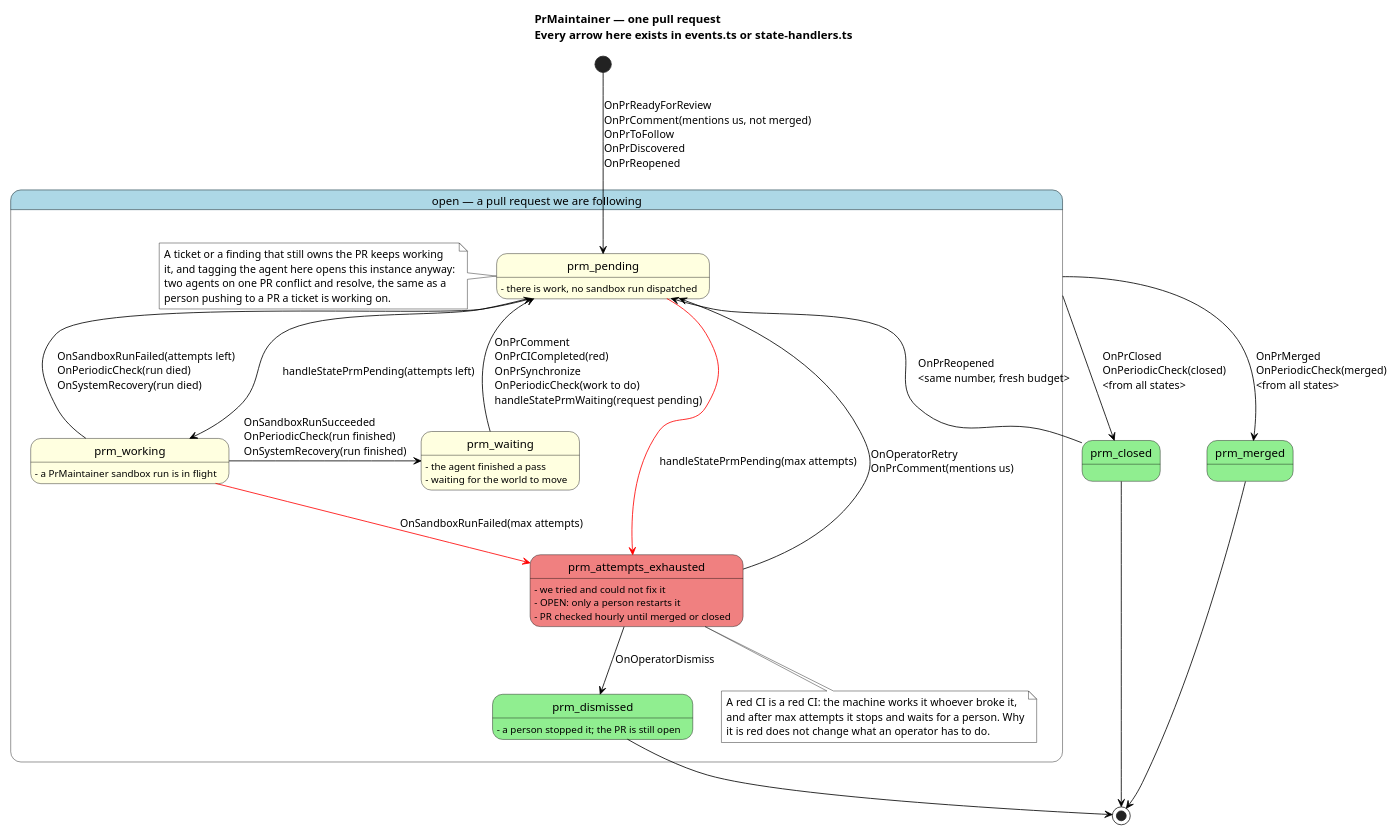
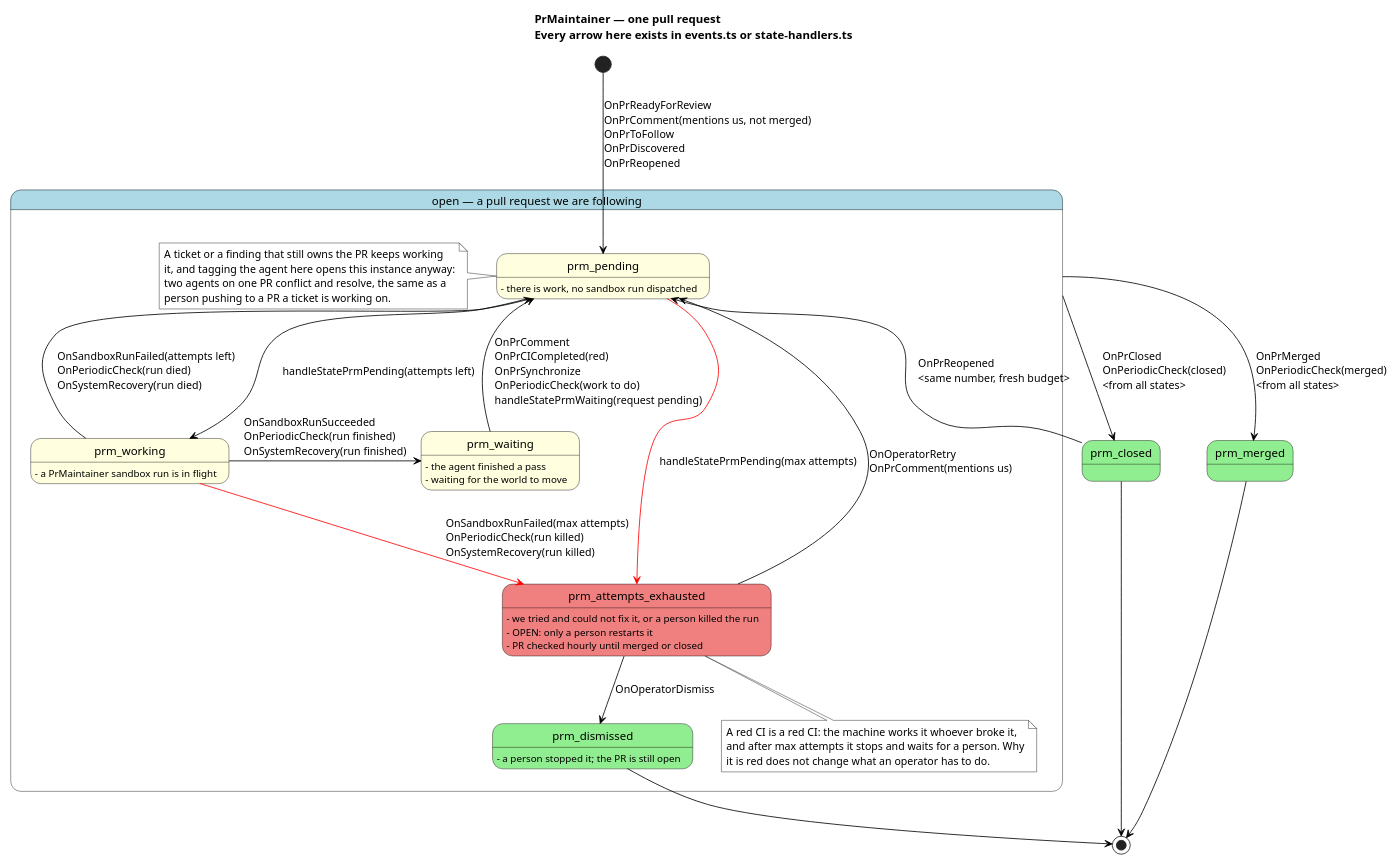
The diagram in docs/workflow-engine/state-diagrams/04-pr-maintainer.puml (LuxorLabs/jardinero), drawn with PlantUML before and after one commit. The commit also changed 13 other files, not shown here.

First line of the commit message:
orchestrator: stop the workflow when an operator kills its sandbox run (JAR-84) (#98)

```diff
--- a/docs/workflow-engine/state-diagrams/04-pr-maintainer.puml
+++ b/docs/workflow-engine/state-diagrams/04-pr-maintainer.puml
@@ -1,80 +1,80 @@
 @startuml pr-maintainer
 title PrMaintainer — one pull request\nEvery arrow here exists in events.ts or state-handlers.ts
 
 scale 0.8
 skinparam defaultTextAlignment left
 skinparam ArrowColor Black
 skinparam StateBorderColor Black
 skinparam StateFontColor Black
 skinparam NoteBackgroundColor White
 skinparam NoteBorderColor Black
 skinparam state {
     BackgroundColor LightYellow
     BackgroundColor<<Package>> LightBlue
     BackgroundColor<<Final>> LightGreen
     BackgroundColor<<Error>> LightCoral
 }
 
 state "open — a pull request we are following" as Open <<Package>> {
 
 state "prm_pending" as Pending
     Pending: - there is work, no sandbox run dispatched
 
 state "prm_working" as Working
     Working: - a PrMaintainer sandbox run is in flight
 
 state "prm_waiting" as Waiting
     Waiting: - the agent finished a pass
     Waiting: - waiting for the world to move
 
 state "prm_attempts_exhausted" as Exhausted <<Error>>
-    Exhausted: - we tried and could not fix it
+    Exhausted: - we tried and could not fix it, or a person killed the run
     Exhausted: - OPEN: only a person restarts it
     Exhausted: - PR checked hourly until merged or closed
 
 state "prm_dismissed" as Dismissed <<Final>>
     Dismissed: - a person stopped it; the PR is still open
 
 note bottom of Exhausted
   A red CI is a red CI: the machine works it whoever broke it,
   and after max attempts it stops and waits for a person. Why
   it is red does not change what an operator has to do.
 end note
 
 note left of Pending
   A ticket or a finding that still owns the PR keeps working
   it, and tagging the agent here opens this instance anyway:
   two agents on one PR conflict and resolve, the same as a
   person pushing to a PR a ticket is working on.
 end note
 
 }
 
 state "prm_merged" as Merged <<Final>>
 state "prm_closed" as Closed <<Final>>
 
 [*] -d-> Pending: OnPrReadyForReview\nOnPrComment(mentions us, not merged)\nOnPrToFollow\nOnPrDiscovered\nOnPrReopened
 
 Pending -d-> Working: handleStatePrmPending(attempts left)
 Working -r-> Waiting: OnSandboxRunSucceeded\nOnPeriodicCheck(run finished)\nOnSystemRecovery(run finished)
 
 Pending -[#Red]-> Exhausted: handleStatePrmPending(max attempts)
 
 Working -l-> Pending: OnSandboxRunFailed(attempts left)\nOnPeriodicCheck(run died)\nOnSystemRecovery(run died)
-Working -[#Red]-> Exhausted: OnSandboxRunFailed(max attempts)
+Working -[#Red]-> Exhausted: OnSandboxRunFailed(max attempts)\nOnPeriodicCheck(run killed)\nOnSystemRecovery(run killed)
 
 Waiting -l-> Pending: OnPrComment\nOnPrCICompleted(red)\nOnPrSynchronize\nOnPeriodicCheck(work to do)\nhandleStatePrmWaiting(request pending)
 
 Exhausted -u-> Pending: OnOperatorRetry\nOnPrComment(mentions us)
 Exhausted -d-> Dismissed: OnOperatorDismiss
 
 Open -d-> Merged: OnPrMerged\nOnPeriodicCheck(merged)\n<from all states>
 Open -d-> Closed: OnPrClosed\nOnPeriodicCheck(closed)\n<from all states>
 
 Closed -u-> Pending: OnPrReopened\n<same number, fresh budget>
 
 Merged -d-> [*]
 Closed -d-> [*]
 Dismissed -d-> [*]
 
 @enduml
```
